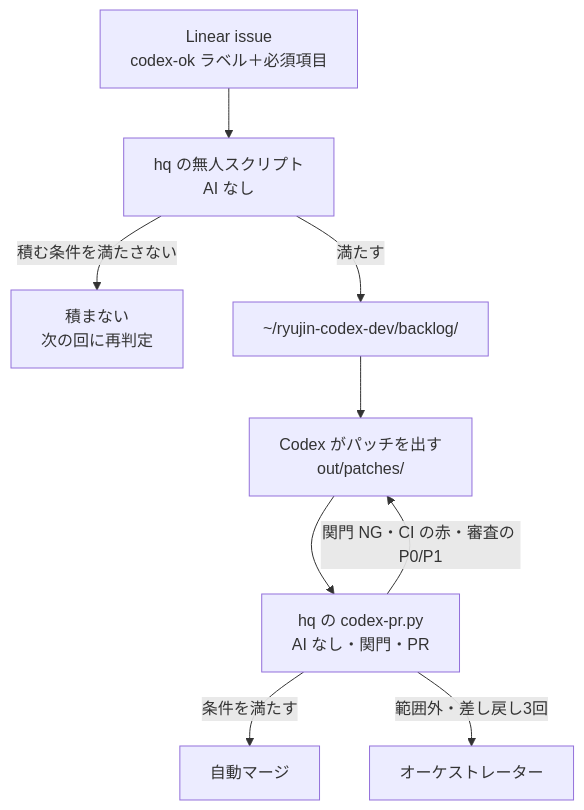
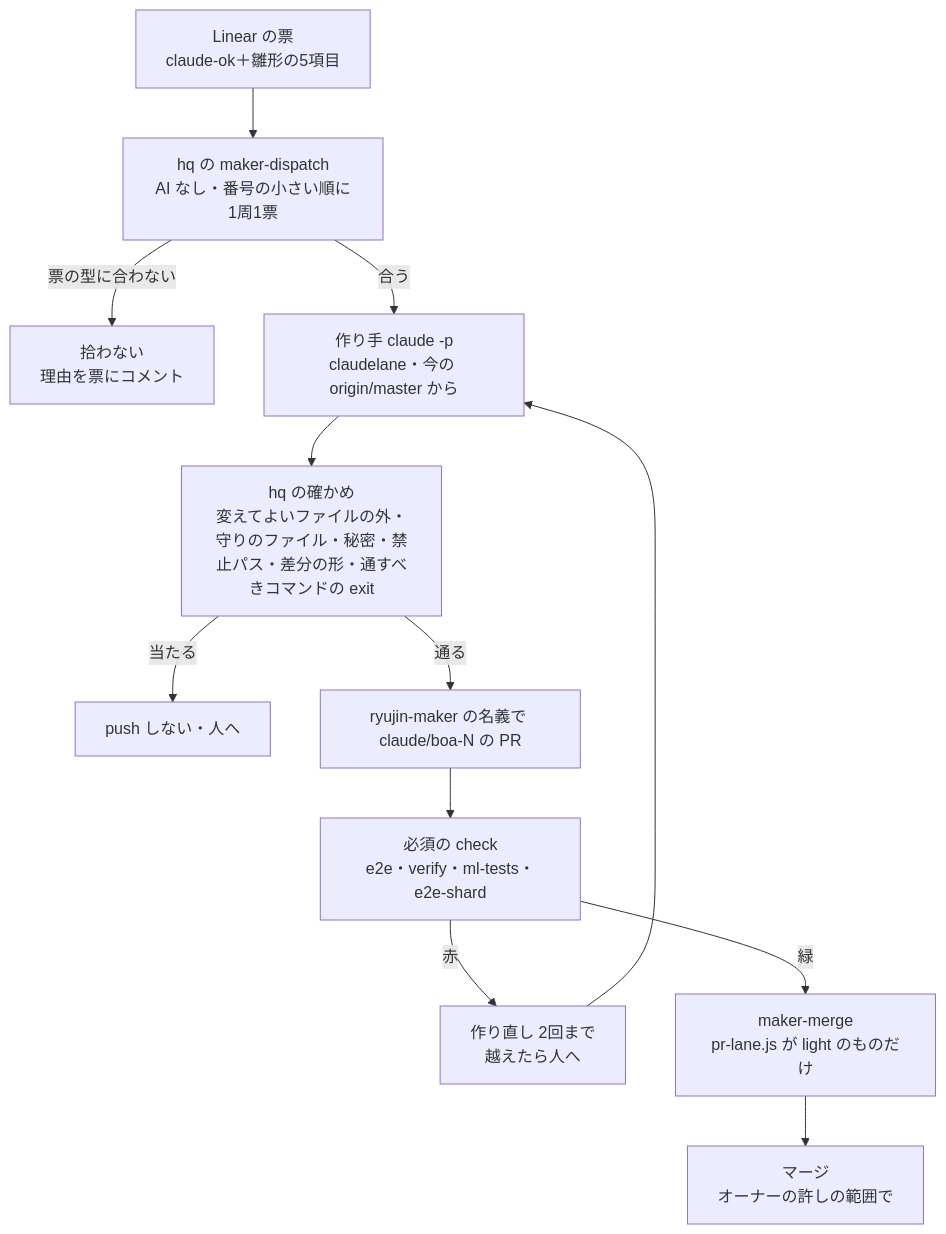
The diagram in docs/operation/codex-backlog.md (rhapsody0919/boatrace-ai-predictor), drawn with Mermaid before and after one commit. The commit also changed other lines of this file and 11 other files, not shown here.

````diff
--- a/docs/operation/codex-backlog.md
+++ b/docs/operation/codex-backlog.md
@@ -11,11 +9,14 @@
 ```mermaid
 flowchart TD
-  A[Linear issue<br/>codex-ok ラベル＋必須項目] --> B[hq の無人スクリプト<br/>AI なし]
-  B -->|積む条件を満たさない| W[積まない<br/>次の回に再判定]
-  B -->|満たす| C[~/ryujin-codex-dev/backlog/]
-  C --> D[Codex がパッチを出す<br/>out/patches/]
-  D --> E[hq の codex-pr.py<br/>AI なし・関門・PR]
-  E -->|関門 NG・CI の赤・審査の P0/P1| D
-  E -->|条件を満たす| F[自動マージ]
-  E -->|範囲外・差し戻し3回| G[オーケストレーター]
+  A[Linear の票<br/>claude-ok＋雛形の5項目] --> B[hq の maker-dispatch<br/>AI なし・番号の小さい順に1周1票]
+  B -->|票の型に合わない| W[拾わない<br/>理由を票にコメント]
+  B -->|合う| C[作り手 claude -p<br/>claudelane・今の origin/master から]
+  C --> D[hq の確かめ<br/>変えてよいファイルの外・守りのファイル・秘密・禁止パス・差分の形・通すべきコマンドの exit]
+  D -->|当たる| H[push しない・人へ]
+  D -->|通る| E[ryujin-maker の名義で claude/boa-N の PR]
+  E --> F[必須の check<br/>e2e・verify・ml-tests・e2e-shard]
+  F -->|赤| C2[作り直し 2回まで<br/>越えたら人へ]
+  C2 --> C
+  F -->|緑| M[maker-merge<br/>pr-lane.js が light のものだけ]
+  M --> O[マージ<br/>オーナーの許しの範囲で]
 ```
````
